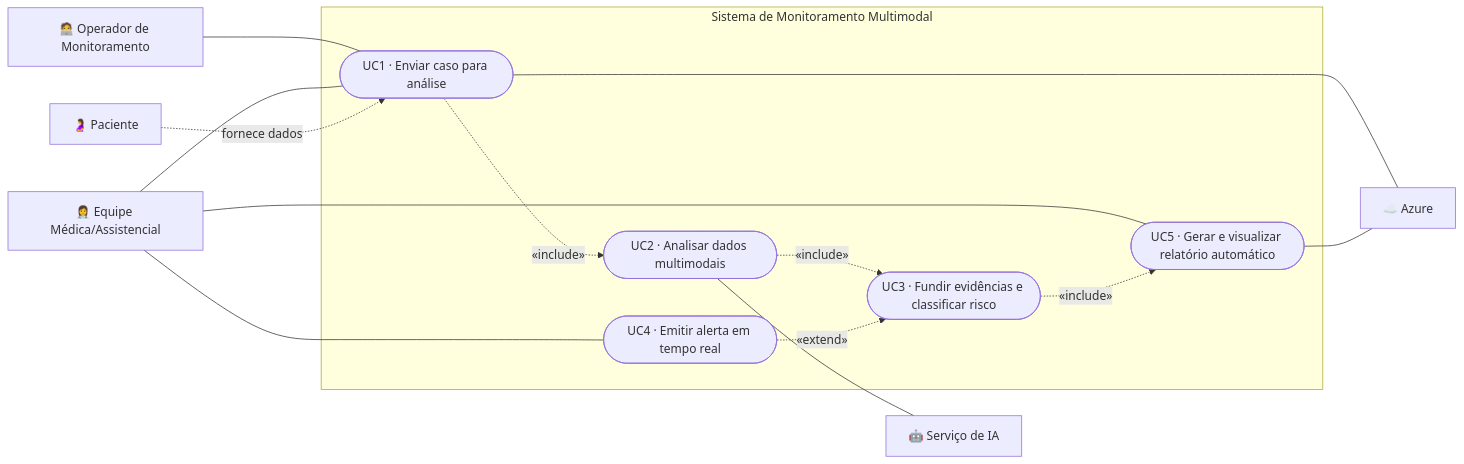
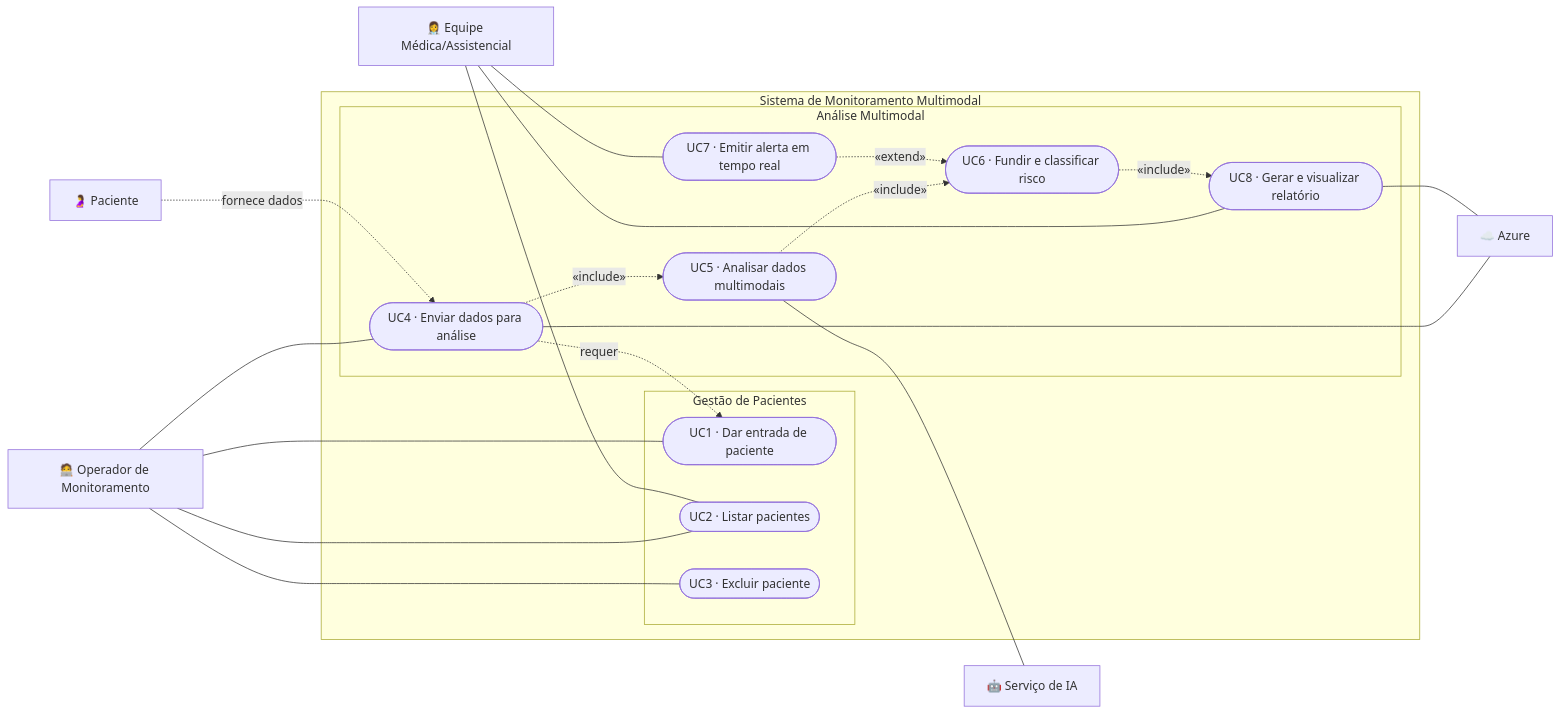
Before and after one commit to nurycaroline/8iadt-tc-fase4: the first of 3 diagrams in docs/casos-de-uso.md, drawn with Mermaid. The commit also changed other lines of this file and 4 other files, not shown here.

Commit message:
docs: adiciona gestao enxuta de pacientes (entrada/listar/excluir), modelo de dados e contexto do paciente

````diff
--- a/docs/casos-de-uso.md
+++ b/docs/casos-de-uso.md
@@ -17,31 +23,42 @@
 ```mermaid
 flowchart LR
     EM["👩‍⚕️ Equipe Médica/Assistencial"]
     OP["🧑‍💻 Operador de Monitoramento"]
     PAC["🤰 Paciente"]
     IA["🤖 Serviço de IA"]
     AZ["☁️ Azure"]
 
     subgraph SIS["Sistema de Monitoramento Multimodal"]
-        UC1(["UC1 · Enviar caso para análise"])
-        UC2(["UC2 · Analisar dados multimodais"])
-        UC3(["UC3 · Fundir evidências e classificar risco"])
-        UC4(["UC4 · Emitir alerta em tempo real"])
-        UC5(["UC5 · Gerar e visualizar relatório automático"])
+        subgraph GP["Gestão de Pacientes"]
+            UC1(["UC1 · Dar entrada de paciente"])
+            UC2(["UC2 · Listar pacientes"])
+            UC3(["UC3 · Excluir paciente"])
+        end
+        subgraph AN["Análise Multimodal"]
+            UC4(["UC4 · Enviar dados para análise"])
+            UC5(["UC5 · Analisar dados multimodais"])
+            UC6(["UC6 · Fundir e classificar risco"])
+            UC7(["UC7 · Emitir alerta em tempo real"])
+            UC8(["UC8 · Gerar e visualizar relatório"])
+        end
     end
 
     OP --- UC1
-    EM --- UC1
-    EM --- UC4
-    EM --- UC5
-    PAC -. fornece dados .-> UC1
+    OP --- UC2
+    OP --- UC3
+    OP --- UC4
+    EM --- UC2
+    EM --- UC7
+    EM --- UC8
+    PAC -. fornece dados .-> UC4
 
-    UC1 -. «include» .-> UC2
-    UC2 -. «include» .-> UC3
-    UC4 -. «extend» .-> UC3
-    UC3 -. «include» .-> UC5
+    UC4 -. requer .-> UC1
+    UC4 -. «include» .-> UC5
+    UC5 -. «include» .-> UC6
+    UC7 -. «extend» .-> UC6
+    UC6 -. «include» .-> UC8
 
-    UC2 --- IA
-    UC1 --- AZ
-    UC5 --- AZ
+    UC5 --- IA
+    UC4 --- AZ
+    UC8 --- AZ
 ```
````
